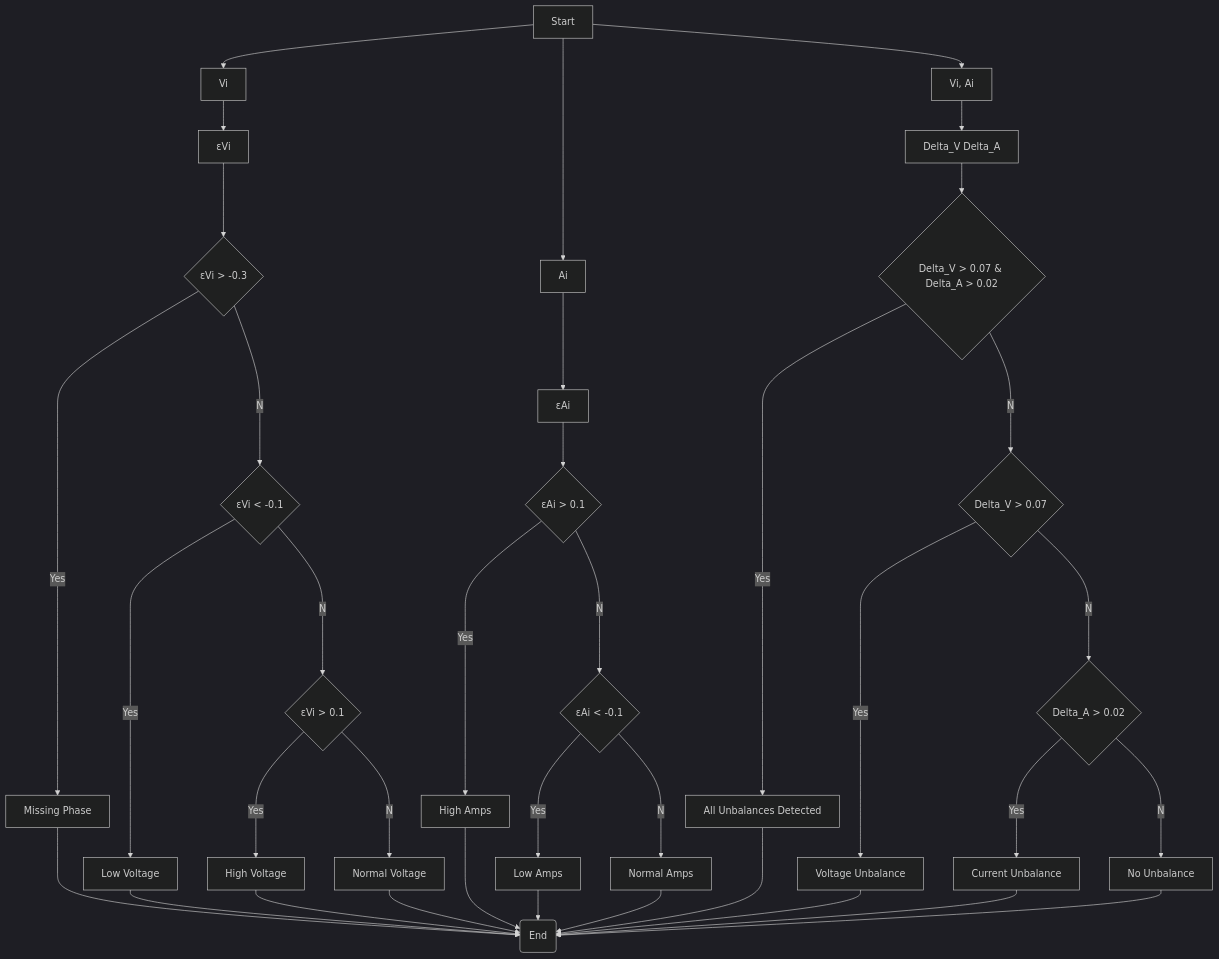
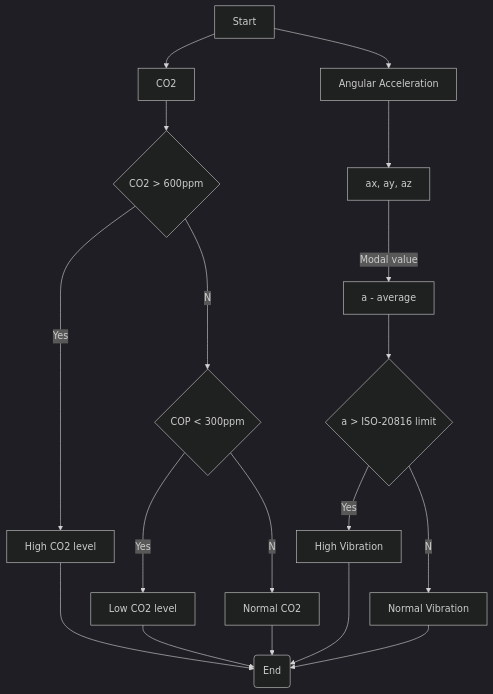
The ninth of 11 diagrams in readme.md (nasierras/Symbionte_UN), drawn with Mermaid (dark theme) before and after one commit. The commit also changed other lines of this file, not shown here.

````diff
--- a/readme.md
+++ b/readme.md
@@ -289,39 +363,20 @@
 ```mermaid
 flowchart TB
-Start[Start]  --> A[Vi]
-A --> B[εVi]
-B --> C{εVi > -0.3}
-C --Yes--> D[Missing Phase]
-C --No--> E{εVi < -0.1}
-E --Yes-->F[Low Voltage]
-E --No-->G{εVi > 0.1}
-G --Yes--> H[High Voltage]
-G --No--> I[Normal Voltage]
-H --> End(End)
+Start[Start]  --> A[CO2]
+A --> C{CO2 > 600ppm}
+C --Yes--> D[High CO2 level]
+C --No--> E{COP < 300ppm}
+E --Yes-->F[Low CO2 level]
+E --No--> G[Normal CO2]
+G --> End(End)
 D ---> End
-I --> End
 F --> End
-Start --> A2[Ai]
-A2 --> B2[εAi]
-B2 --> C2{εAi > 0.1}
-C2 --Yes--> D2[High Amps]
-C2 --No--> E2{εAi < -0.1}
-E2 --Yes-->F2[Low Amps]
-E2 --No--> H2[Normal Amps]
-H2 --> End
+Start --> A2[Angular Acceleration]
+A2 --> B2[ax, ay, az]
+B2 --Modal value--> B2i[a - average]
+B2i --> C2{a > ISO-20816 limit}
+C2 --Yes--> D2[High Vibration]
+C2 --No--> E2[Normal Vibration]
+E2 --> End
 D2 ---> End
-F2 --> End
-Start --> A3[Vi, Ai]
-A3 --> B3[Delta_V Delta_A]
-B3--> C3{Delta_V > 0.07 & Delta_A > 0.02}
-C3 --Yes--> D3[All Unbalances Detected]
-C3 --No--> E3{Delta_V > 0.07}
-E3 --Yes-->F3[Voltage Unbalance]
-E3 --No-->G3{Delta_A > 0.02}
-G3 --Yes--> H3[Current Unbalance]
-G3 --No--> I3[No Unbalance]
-H3 --> End
-D3 ---> End
-I3 --> End
-F3 --> End
 ```
````
